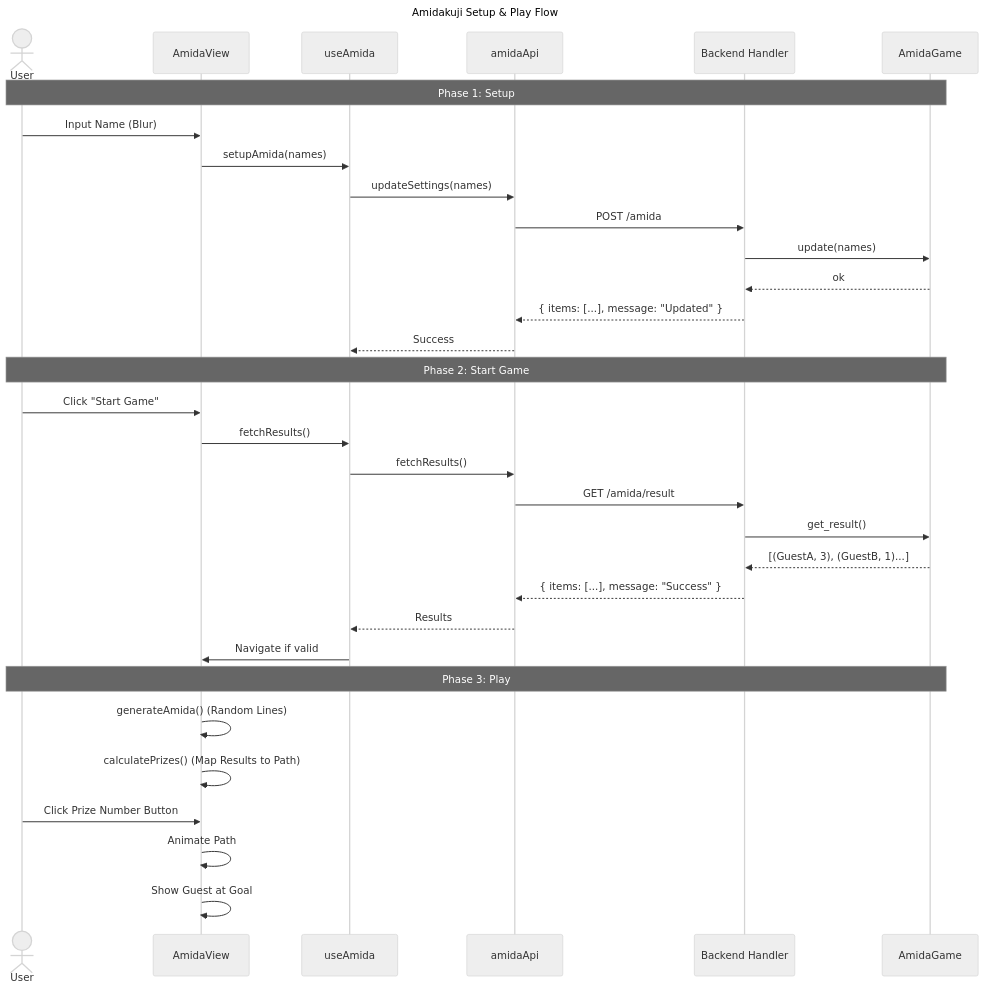
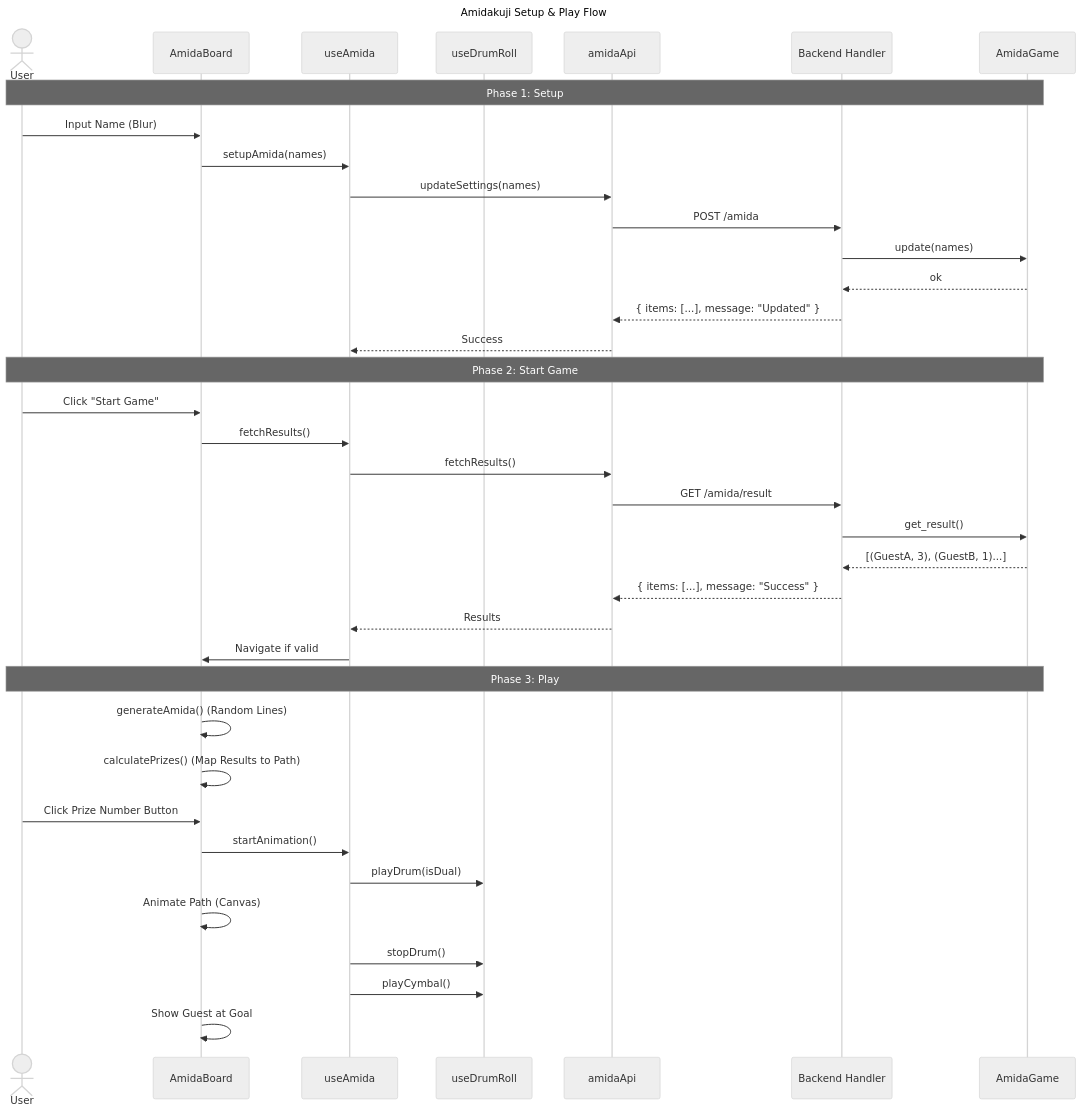
Before and after one commit to yasyasyu/bingo-server: the fifth of 5 diagrams in docs/ARCHITECTURE.md, drawn with Mermaid (neutral theme). The commit also changed other lines of this file and 6 other files, not shown here.

````diff
--- a/docs/ARCHITECTURE.md
+++ b/docs/ARCHITECTURE.md
@@ -248,38 +338,44 @@
 ```mermaid
 sequenceDiagram
     title Amidakuji Setup & Play Flow
     actor User
-    participant UI as AmidaView
+    participant UI as AmidaBoard
     participant Logic as useAmida
+    participant Audio as useDrumRoll
     participant API as amidaApi
     participant Server as Backend Handler
     participant Domain as AmidaGame
 
     note over User, Domain: Phase 1: Setup
     User->>UI: Input Name (Blur)
     UI->>Logic: setupAmida(names)
     Logic->>API: updateSettings(names)
     API->>Server: POST /amida
     Server->>Domain: update(names)
     Domain-->>Server: ok
     Server-->>API: { items: [...], message: "Updated" }
     API-->>Logic: Success
 
     note over User, Domain: Phase 2: Start Game
     User->>UI: Click "Start Game"
     UI->>Logic: fetchResults()
     Logic->>API: fetchResults()
     API->>Server: GET /amida/result
     Server->>Domain: get_result()
     Domain-->>Server: [(GuestA, 3), (GuestB, 1)...]
     Server-->>API: { items: [...], message: "Success" }
     API-->>Logic: Results
     Logic->>UI: Navigate if valid
 
     note over User, Domain: Phase 3: Play
     UI->>UI: generateAmida() (Random Lines)
     UI->>UI: calculatePrizes() (Map Results to Path)
     User->>UI: Click Prize Number Button
-    UI->>UI: Animate Path
+    UI->>Logic: startAnimation()
+    Logic->>Audio: playDrum(isDual)
+    UI->>UI: Animate Path (Canvas)
+    Logic->>Audio: stopDrum()
+    Logic->>Audio: playCymbal()
     UI->>UI: Show Guest at Goal
+
 ```
````
